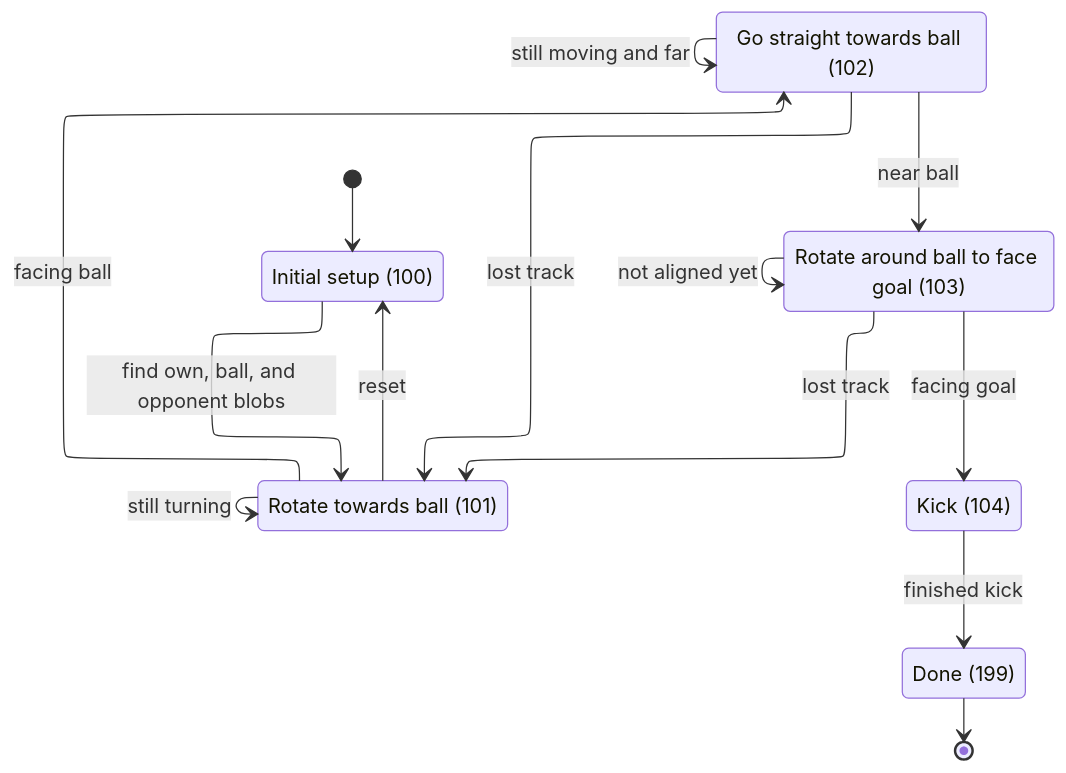
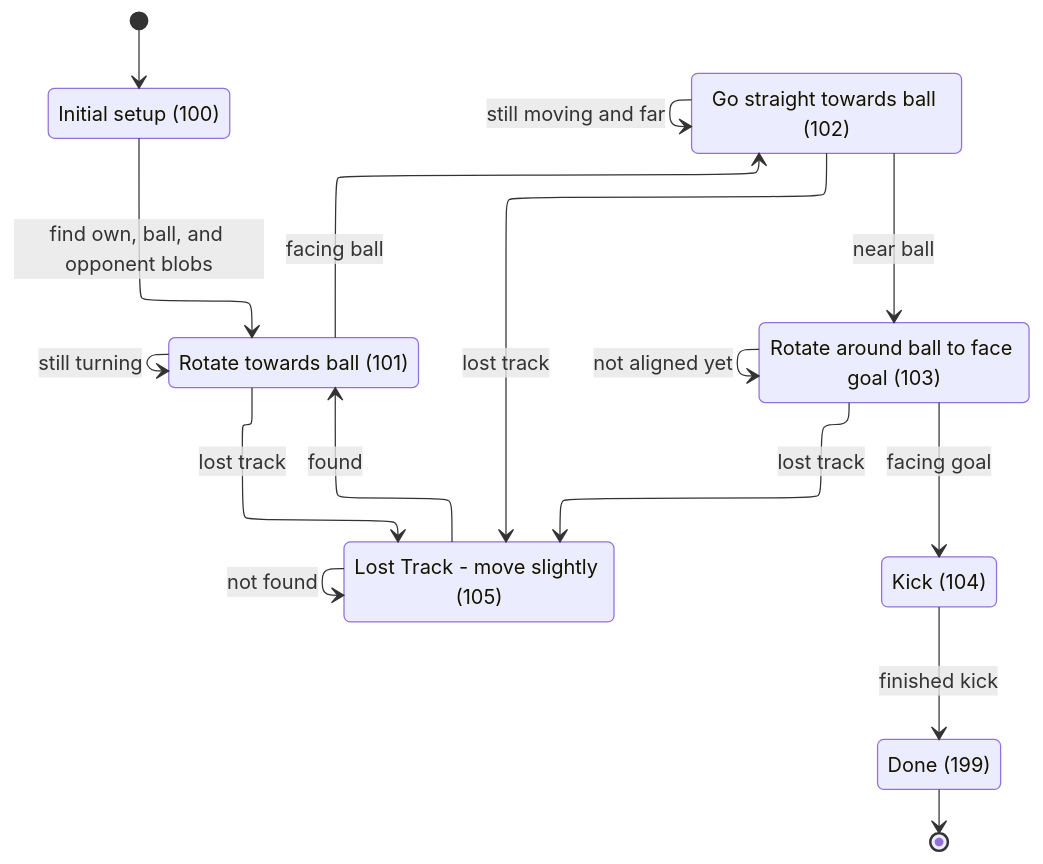
The diagram in FSM diagrams/penalty kick.mmd (Wengxin04/CSC85-RoboSoccer), drawn with Mermaid before and after one commit. The commit also changed 2 other files, not shown here.

```diff
--- a/FSM diagrams/penalty kick.mmd
+++ b/FSM diagrams/penalty kick.mmd
@@ -1,25 +1,28 @@
 ---
 config:
   layout: elk
 ---
 stateDiagram
   direction TB
   [*] --> Init
   Init --> RotateToBall:find own, ball, and opponent blobs
   RotateToBall --> GoStraight:facing ball
   RotateToBall --> RotateToBall:still turning
-  RotateToBall --> Init:reset
+  RotateToBall --> LostTrack:lost track
   GoStraight --> RotateAround:near ball
   GoStraight --> GoStraight:still moving and far
-  GoStraight --> RotateToBall:lost track
+  GoStraight --> LostTrack:lost track
   RotateAround --> Kick:facing goal
   RotateAround --> RotateAround:not aligned yet
-  RotateAround --> RotateToBall:lost track
+  RotateAround --> LostTrack:lost track
+  LostTrack --> LostTrack: not found 
+  LostTrack --> RotateToBall: found
   Kick --> Done:finished kick
   Done --> [*]
   Init:Initial setup (100)
   RotateToBall:Rotate towards ball (101)
   GoStraight:Go straight towards ball (102)
   RotateAround:Rotate around ball to face goal (103)
+  LostTrack: Lost Track - move slightly (105)
   Kick:Kick (104)
   Done:Done (199)
```
